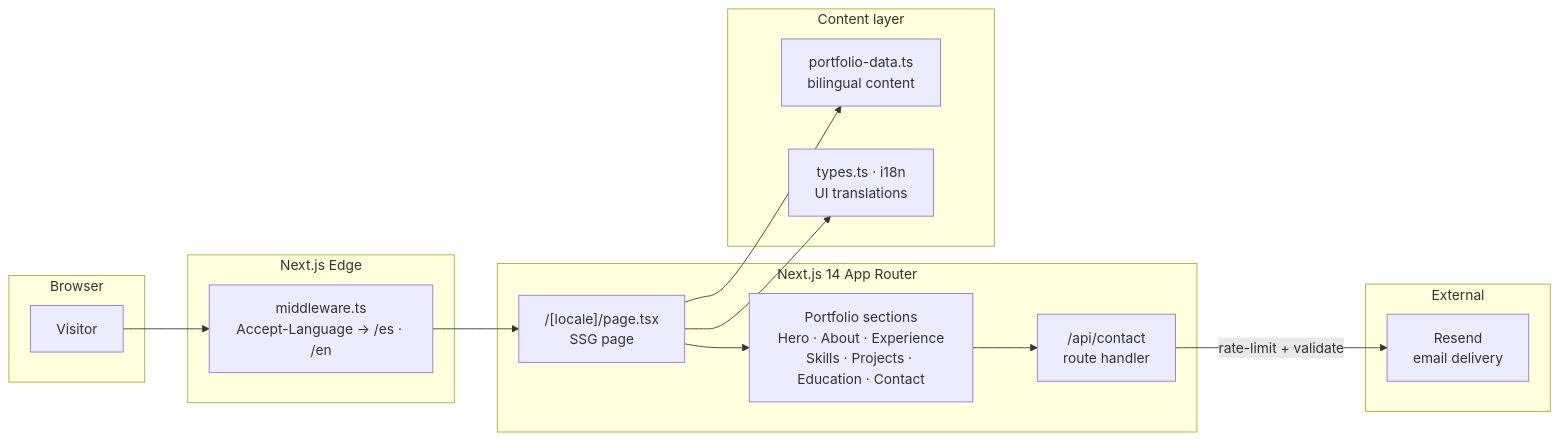
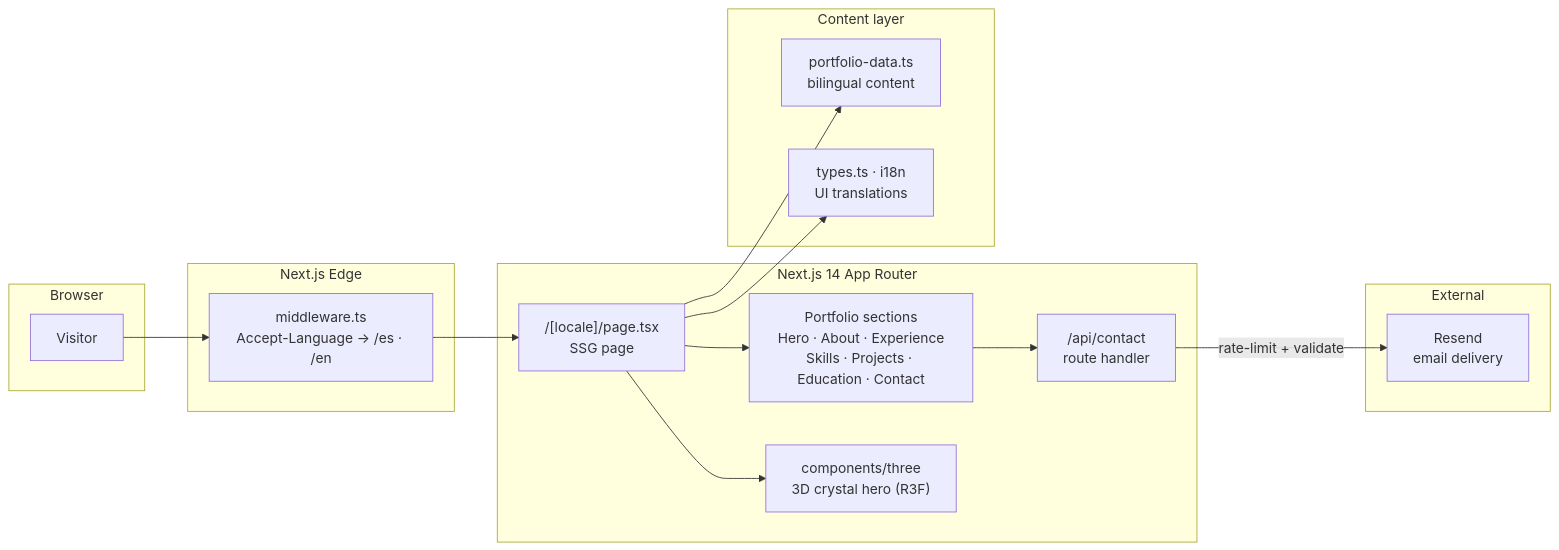
One commit to cdgutierrez6/portafolio-frontend changed the first of 2 diagrams in README.md. Above: the diagram before and after it, drawn with Mermaid. The commit also changed other lines of this file and 4 other files, not shown here.

````diff
--- a/README.md
+++ b/README.md
@@ -23,32 +23,34 @@
 ```mermaid
 flowchart LR
     subgraph Client["Browser"]
         V[Visitor]
     end
 
     subgraph Edge["Next.js Edge"]
         MW["middleware.ts<br/>Accept-Language → /es · /en"]
     end
 
     subgraph App["Next.js 14 App Router"]
         LP["/[locale]/page.tsx<br/>SSG page"]
         SEC["Portfolio sections<br/>Hero · About · Experience<br/>Skills · Projects · Education · Contact"]
+        R3F["components/three<br/>3D crystal hero (R3F)"]
         API["/api/contact<br/>route handler"]
     end
 
     subgraph Data["Content layer"]
         PD["portfolio-data.ts<br/>bilingual content"]
         I18N["types.ts · i18n<br/>UI translations"]
     end
 
     subgraph Ext["External"]
         RS["Resend<br/>email delivery"]
     end
 
     V --> MW --> LP
     LP --> SEC
+    LP --> R3F
     LP --> PD
     LP --> I18N
     SEC --> API
     API -->|rate-limit + validate| RS
 ```
````
